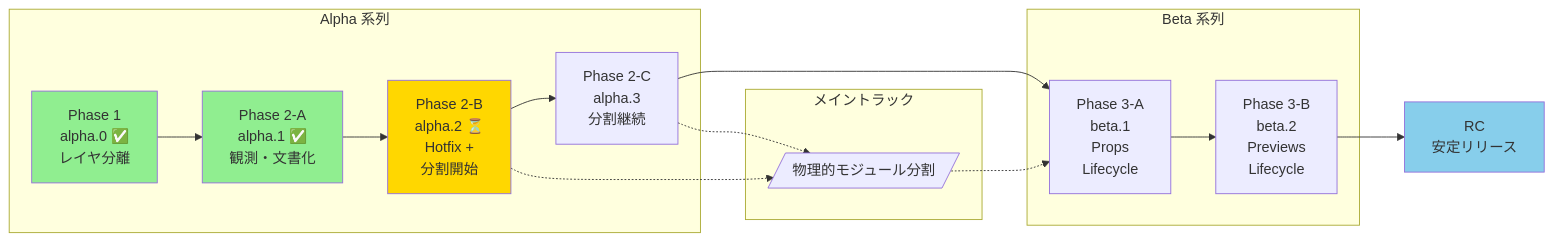
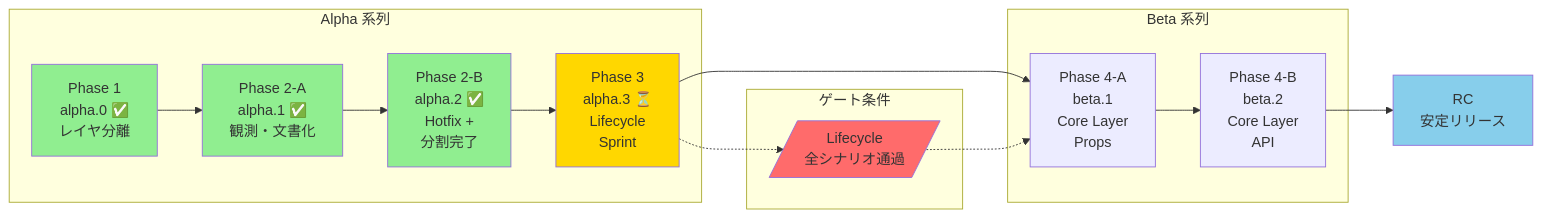
The diagram in .claude/rules/milestones.md (Pluglug/pie-menu-editor-fork), drawn with Mermaid before and after one commit. The commit also changed other lines of this file and 2 other files, not shown here.

First line of the commit message:
Bump version to v2.0.0-alpha.2, add Phase 3 Lifecycle Sprint

````diff
--- a/.claude/rules/milestones.md
+++ b/.claude/rules/milestones.md
@@ -308,31 +364,32 @@
 ```mermaid
 flowchart LR
     subgraph Alpha["Alpha 系列"]
         P1["Phase 1<br/>alpha.0 ✅<br/>レイヤ分離"]
         P2A["Phase 2-A<br/>alpha.1 ✅<br/>観測・文書化"]
-        P2B["Phase 2-B<br/>alpha.2 ⏳<br/>Hotfix +<br/>分割開始"]
-        P2C["Phase 2-C<br/>alpha.3<br/>分割継続"]
+        P2B["Phase 2-B<br/>alpha.2 ✅<br/>Hotfix +<br/>分割完了"]
+        P3["Phase 3<br/>alpha.3 ⏳<br/>Lifecycle<br/>Sprint"]
     end
 
     subgraph Beta["Beta 系列"]
-        P3A["Phase 3-A<br/>beta.1<br/>Props<br/>Lifecycle"]
-        P3B["Phase 3-B<br/>beta.2<br/>Previews<br/>Lifecycle"]
+        P4A["Phase 4-A<br/>beta.1<br/>Core Layer<br/>Props"]
+        P4B["Phase 4-B<br/>beta.2<br/>Core Layer<br/>API"]
     end
 
     RC["RC<br/>安定リリース"]
 
-    P1 --> P2A --> P2B --> P2C --> P3A --> P3B --> RC
+    P1 --> P2A --> P2B --> P3 --> P4A --> P4B --> RC
 
-    subgraph Track["メイントラック"]
-        MT[/"物理的モジュール分割"/]
+    subgraph Gate["ゲート条件"]
+        G[/"Lifecycle<br/>全シナリオ通過"/]
     end
 
-    P2B -.-> MT
-    P2C -.-> MT
-    MT -.-> P3A
+    P3 -.-> G
+    G -.-> P4A
 
     style P1 fill:#90EE90
     style P2A fill:#90EE90
-    style P2B fill:#FFD700
+    style P2B fill:#90EE90
+    style P3 fill:#FFD700
+    style G fill:#FF6B6B
     style RC fill:#87CEEB
 ```
````
